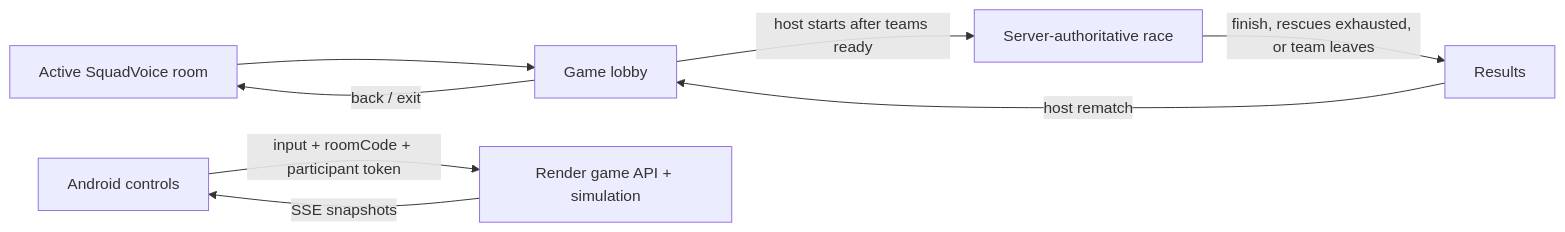
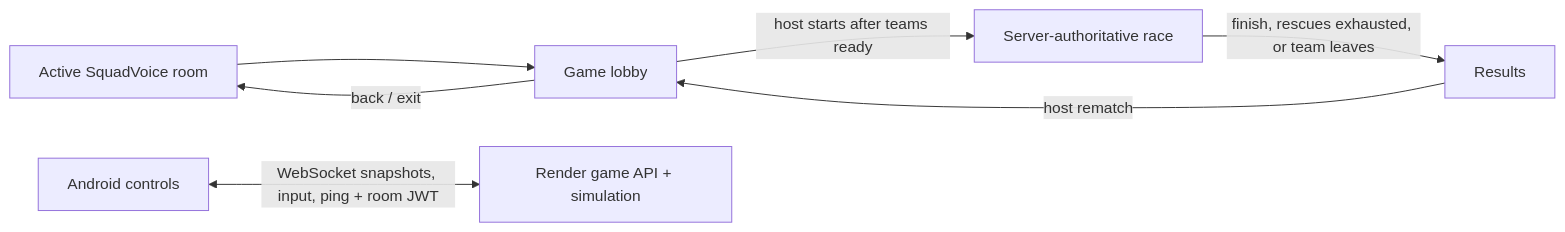
One commit to alok4041/voiceover changed the diagram in docs/ROPEBOUND-GAME-GUIDE.md. Above: the diagram before and after it, drawn with Mermaid. The commit also changed other lines of this file and 16 other files, not shown here.

````diff
--- a/docs/ROPEBOUND-GAME-GUIDE.md
+++ b/docs/ROPEBOUND-GAME-GUIDE.md
@@ -11,10 +11,9 @@
 ```mermaid
 flowchart LR
     VoiceRoom[Active SquadVoice room] --> Lobby[Game lobby]
     Lobby -->|host starts after teams ready| Race[Server-authoritative race]
     Race -->|finish, rescues exhausted, or team leaves| Results[Results]
     Results -->|host rematch| Lobby
     Lobby -->|back / exit| VoiceRoom
-    Phone[Android controls] -->|input + roomCode + participant token| Server[Render game API + simulation]
-    Server -->|SSE snapshots| Phone
+    Phone[Android controls] <-->|WebSocket snapshots, input, ping + room JWT| Server[Render game API + simulation]
 ```
````
